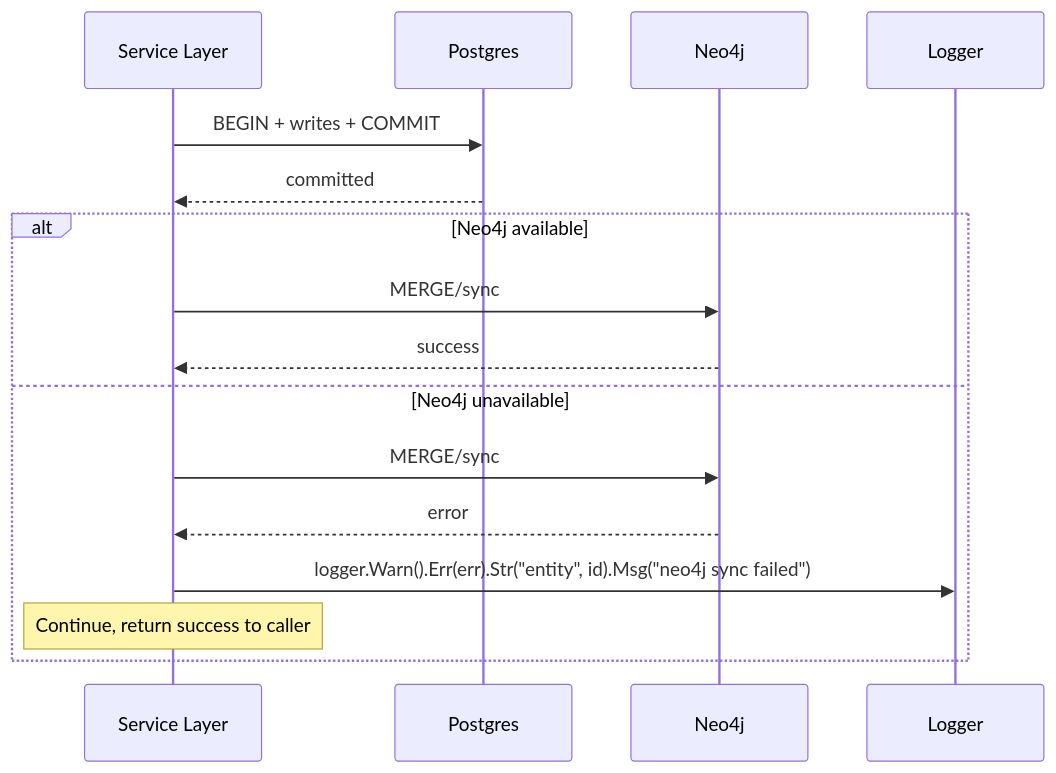
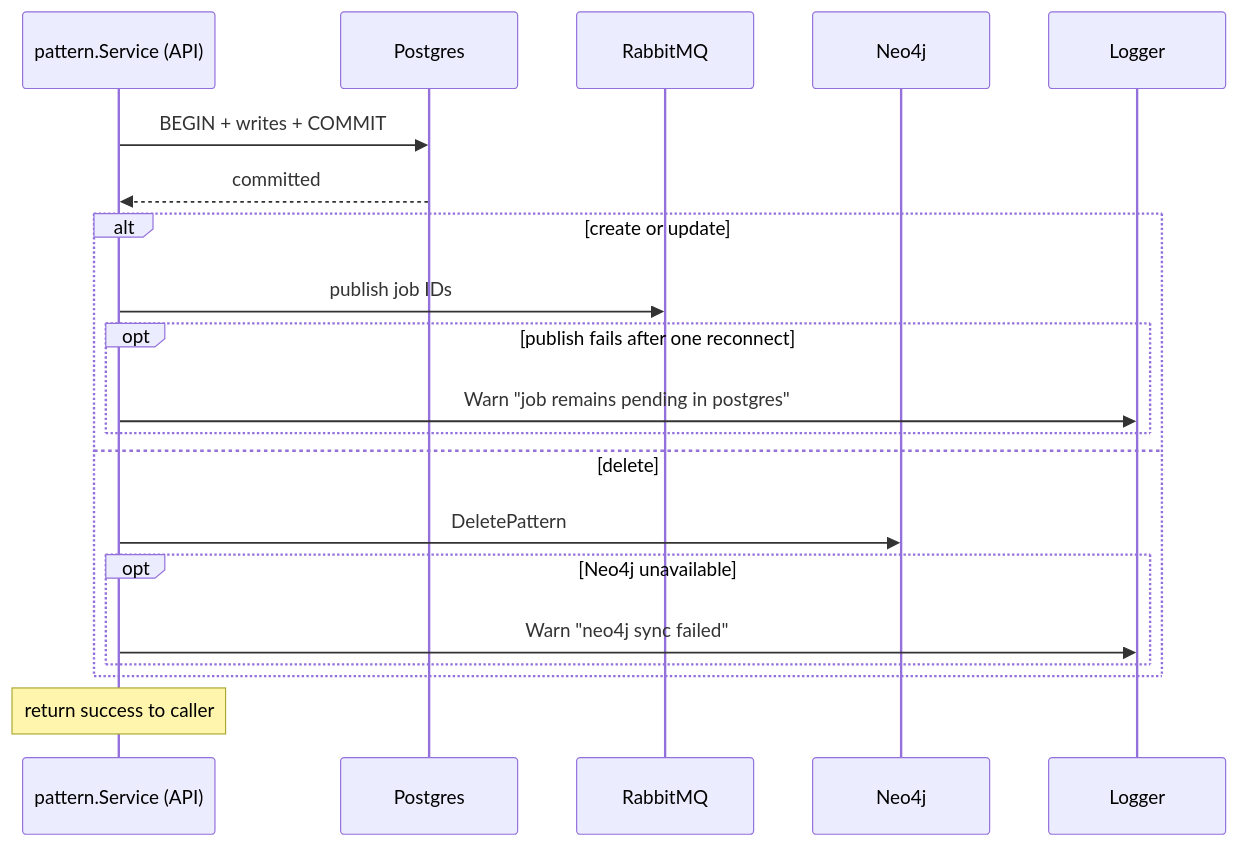
One commit to twistingmercury/mnemonic-docs changed the second of 3 diagrams in docs/design/service-layer.md. Above: the diagram before and after it, drawn with Mermaid. The commit also changed other lines of this file and 41 other files, not shown here.

````diff
--- a/docs/design/service-layer.md
+++ b/docs/design/service-layer.md
@@ -1079,20 +724,24 @@
 ```mermaid
 sequenceDiagram
-    participant SVC as Service Layer
+    participant SVC as pattern.Service (API)
     participant PG as Postgres
+    participant MQ as RabbitMQ
     participant NEO as Neo4j
     participant LOG as Logger
 
     SVC->>PG: BEGIN + writes + COMMIT
     PG-->>SVC: committed
 
-    alt Neo4j available
-        SVC->>NEO: MERGE/sync
-        NEO-->>SVC: success
-    else Neo4j unavailable
-        SVC->>NEO: MERGE/sync
-        NEO-->>SVC: error
-        SVC->>LOG: logger.Warn().Err(err).Str("entity", id).Msg("neo4j sync failed")
-        Note over SVC: Continue, return success to caller
+    alt create or update
+        SVC->>MQ: publish job IDs
+        opt publish fails after one reconnect
+            SVC->>LOG: Warn "job remains pending in postgres"
+        end
+    else delete
+        SVC->>NEO: DeletePattern
+        opt Neo4j unavailable
+            SVC->>LOG: Warn "neo4j sync failed"
+        end
     end
+    Note over SVC: return success to caller
 ```
````
